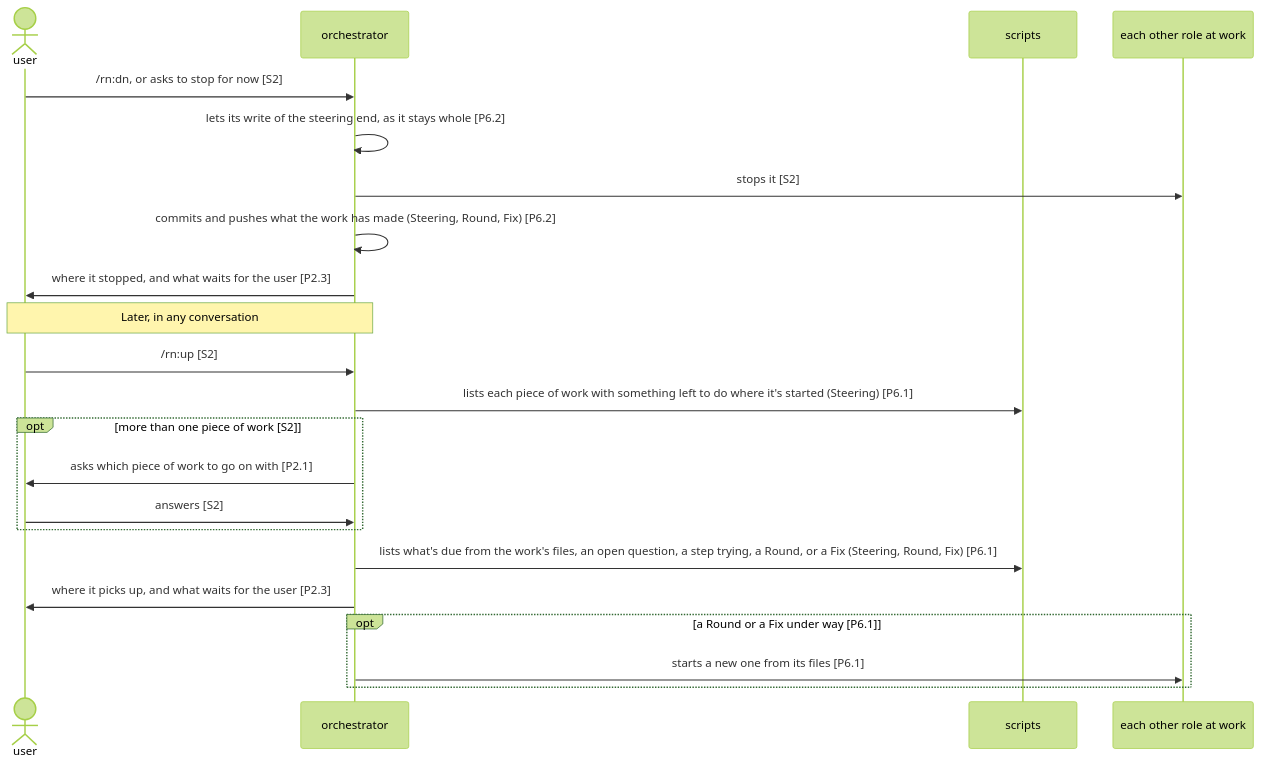
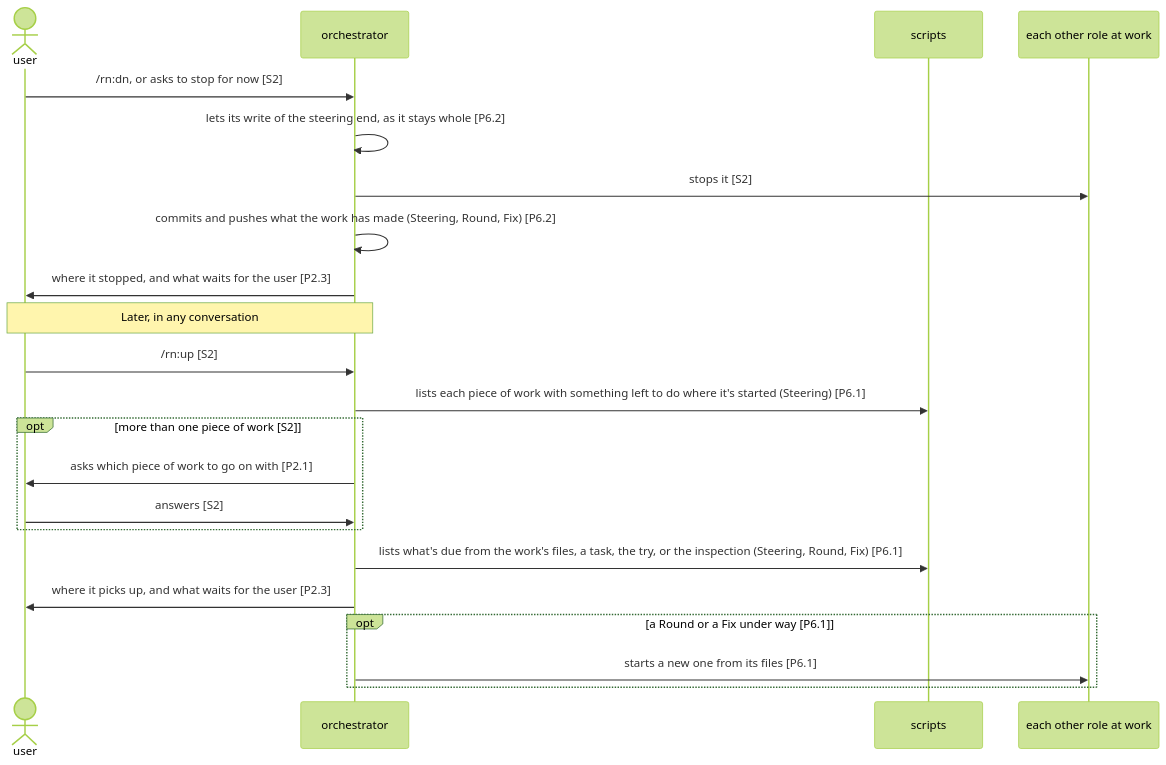
One commit to lovaizu/ccpm changed the second of 3 diagrams in dev/rn/architecture.md. Above: the diagram before and after it, drawn with Mermaid (forest theme). The commit also changed other lines of this file and 10 other files, not shown here.

````diff
--- a/dev/rn/architecture.md
+++ b/dev/rn/architecture.md
@@ -358,24 +366,24 @@
 ```mermaid
 sequenceDiagram
   actor U as user
   participant O as orchestrator
   participant S as scripts
   participant W as each other role at work
   U->>O: /rn:dn, or asks to stop for now [S2]
   O->>O: lets its write of the steering end, as it stays whole [P6.2]
   O->>W: stops it [S2]
   O->>O: commits and pushes what the work has made (Steering, Round, Fix) [P6.2]
   O->>U: where it stopped, and what waits for the user [P2.3]
   Note over U,O: Later, in any conversation
   U->>O: /rn:up [S2]
   O->>S: lists each piece of work with something left to do where it's started (Steering) [P6.1]
   opt more than one piece of work [S2]
     O->>U: asks which piece of work to go on with [P2.1]
     U->>O: answers [S2]
   end
-  O->>S: lists what's due from the work's files, an open question, a step trying, a Round, or a Fix (Steering, Round, Fix) [P6.1]
+  O->>S: lists what's due from the work's files, a task, the try, or the inspection (Steering, Round, Fix) [P6.1]
   O->>U: where it picks up, and what waits for the user [P2.3]
   opt a Round or a Fix under way [P6.1]
     O->>W: starts a new one from its files [P6.1]
   end
 ```
````
